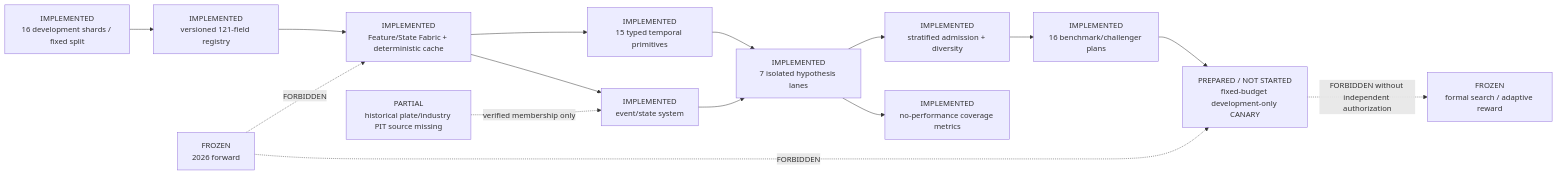
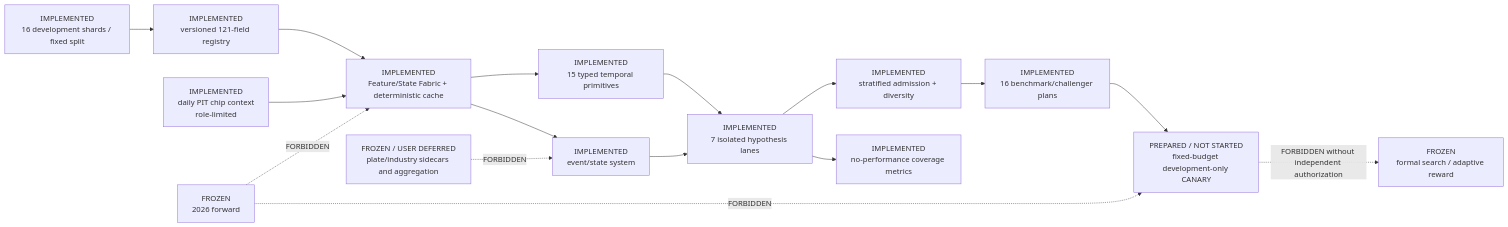
One commit to weisssschnee/alpha-pit-engine-v2 changed the diagram in .planning/graphs/CURRENT_ARCHITECTURE.md. Above: the diagram before and after it, drawn with Mermaid. The commit also changed other lines of this file and 13 other files, not shown here.

Commit message:
Close NEXTGEN-DARK with plate scope deferred

````diff
--- a/.planning/graphs/CURRENT_ARCHITECTURE.md
+++ b/.planning/graphs/CURRENT_ARCHITECTURE.md
@@ -12,19 +13,20 @@
 ```mermaid
 flowchart LR
     DATA["IMPLEMENTED<br/>16 development shards / fixed split"] --> REG["IMPLEMENTED<br/>versioned 121-field registry"]
     REG --> FABRIC["IMPLEMENTED<br/>Feature/State Fabric + deterministic cache"]
+    CHIP["IMPLEMENTED<br/>daily PIT chip context<br/>role-limited"] --> FABRIC
     FABRIC --> TEMP["IMPLEMENTED<br/>15 typed temporal primitives"]
     FABRIC --> EVENT["IMPLEMENTED<br/>event/state system"]
-    PIT["PARTIAL<br/>historical plate/industry PIT source missing"] -. "verified membership only" .-> EVENT
+    PIT["FROZEN / USER DEFERRED<br/>plate/industry sidecars and aggregation"] -. "FORBIDDEN" .-> EVENT
 
     TEMP --> LANES["IMPLEMENTED<br/>7 isolated hypothesis lanes"]
     EVENT --> LANES
     LANES --> ADMIT["IMPLEMENTED<br/>stratified admission + diversity"]
     LANES --> COVER["IMPLEMENTED<br/>no-performance coverage metrics"]
     ADMIT --> BENCH["IMPLEMENTED<br/>16 benchmark/challenger plans"]
     BENCH --> CANARY["PREPARED / NOT STARTED<br/>fixed-budget development-only CANARY"]
 
     CANARY -. "FORBIDDEN without independent authorization" .-> SEARCH["FROZEN<br/>formal search / adaptive reward"]
     FWD["FROZEN<br/>2026 forward"] -. "FORBIDDEN" .-> FABRIC
     FWD -. "FORBIDDEN" .-> CANARY
 ```
````
